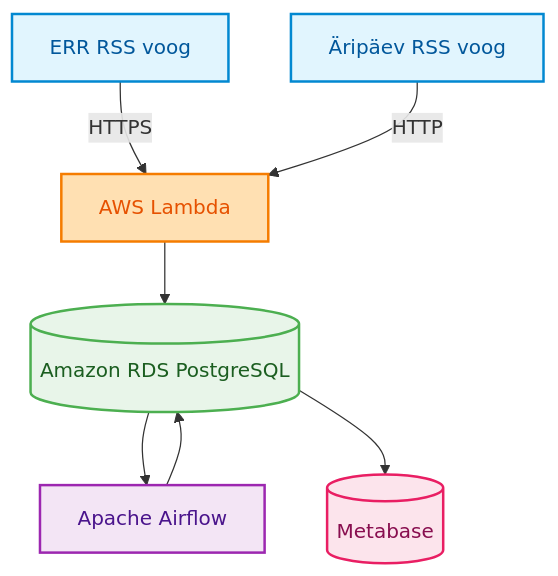
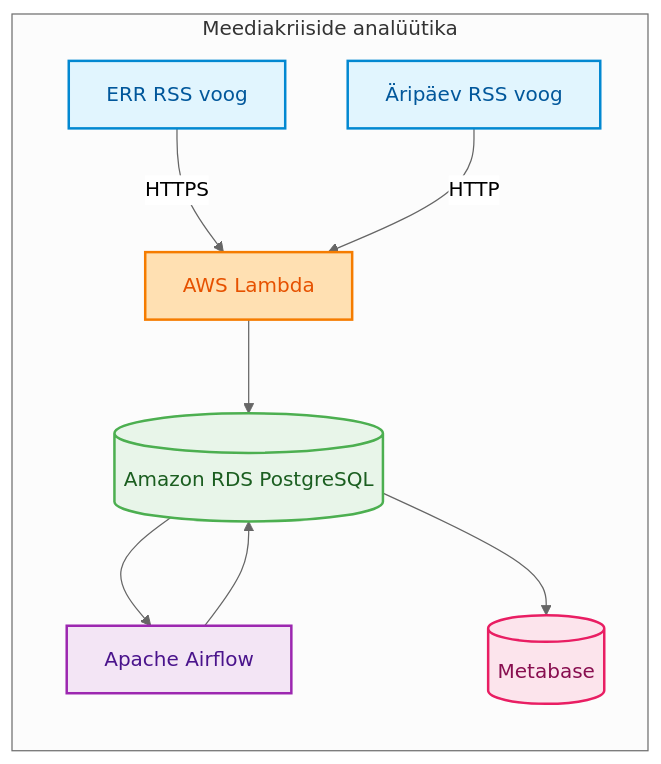
The diagram in README.md (kaidokariste/ut-aik-grupitoo), drawn with Mermaid before and after one commit. The commit also changed 2 other files, not shown here.

Commit message:
mermaid theme fix

````diff
--- a/README.md
+++ b/README.md
@@ -16,29 +16,31 @@
 ```mermaid
-flowchart TD
-    RSS1["ERR RSS voog"]
-    RSS2["Äripäev RSS voog"]
-    AIRFLOW["Apache Airflow"]
+%%{init: {'theme': 'neutral'}}%%
+flowchart LR
+    subgraph PROJECT[Meediakriiside analüütika]
+        RSS1["ERR RSS voog"]
+        RSS2["Äripäev RSS voog"]
+        AIRFLOW["Apache Airflow"]
 
-    RSS1 -->|HTTPS| LAMBDA["AWS Lambda"]
-    RSS2 -->|HTTP| LAMBDA["AWS Lambda"]
-    LAMBDA --> RDS[("Amazon RDS PostgreSQL")]
-    AIRFLOW -->RDS
-    RDS --> AIRFLOW
-
-    RDS --> METABASE[("Metabase")]
+        RSS1 -->|HTTPS| LAMBDA["AWS Lambda"]
+        RSS2 -->|HTTP| LAMBDA["AWS Lambda"]
+        LAMBDA --> RDS[("Amazon RDS PostgreSQL")]
+        AIRFLOW -->RDS
+        RDS --> AIRFLOW
+        RDS --> METABASE[("Metabase")]
+    end
 
     %% Stiiliklassid ja teemad
     classDef allikas fill:#E1F5FE,stroke:#0288D1,stroke-width:2px,color:#01579B;
     classDef lambda fill:#FFE0B2,stroke:#F57C00,stroke-width:2px,color:#E65100;
     classDef andmed fill:#E8F5E9,stroke:#4CAF50,stroke-width:2px,color:#1B5E20;
     classDef airflow fill:#F3E5F5,stroke:#9C27B0,stroke-width:2px,color:#4A148C;
     classDef metabase fill:#FCE4EC,stroke:#E91E63,stroke-width:2px,color:#880E4F;
 
     %% Klasside omistamine elementidele
     class RSS1,RSS2 allikas;
     class LAMBDA lambda;
     class RDS andmed;
     class METABASE metabase;
     class AIRFLOW airflow;
 
 ```
````
